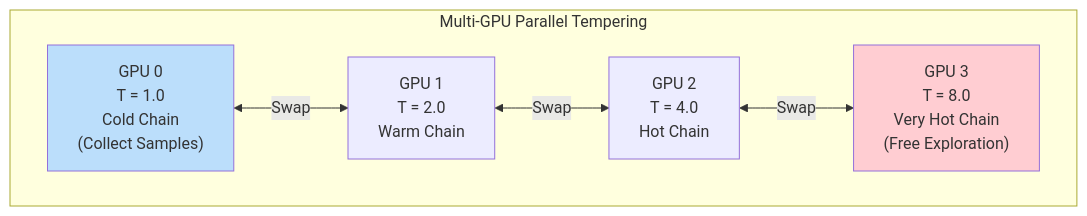
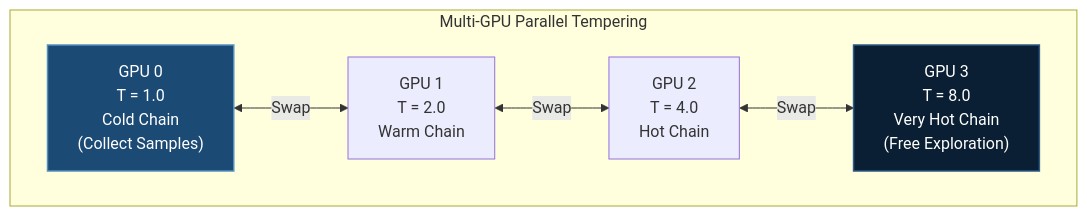
One commit to yiqiao-yin/deepspeed-course changed the tenth of 10 diagrams in docusaurus-docs/docs/tutorials/intermediate/bayesian-nn.md. Above: the diagram before and after it, drawn with Mermaid. The commit also changed other lines of this file and 12 other files, not shown here.

````diff
--- a/docusaurus-docs/docs/tutorials/intermediate/bayesian-nn.md
+++ b/docusaurus-docs/docs/tutorials/intermediate/bayesian-nn.md
@@ -720,16 +720,16 @@
 ```mermaid
 graph TB
     subgraph "Multi-GPU Parallel Tempering"
         GPU0["GPU 0<br/>T = 1.0<br/>Cold Chain<br/>(Collect Samples)"]
         GPU1["GPU 1<br/>T = 2.0<br/>Warm Chain"]
         GPU2["GPU 2<br/>T = 4.0<br/>Hot Chain"]
         GPU3["GPU 3<br/>T = 8.0<br/>Very Hot Chain<br/>(Free Exploration)"]
 
         GPU0 <-->|"Swap"| GPU1
         GPU1 <-->|"Swap"| GPU2
         GPU2 <-->|"Swap"| GPU3
     end
 
-    style GPU0 fill:#bbdefb
-    style GPU3 fill:#ffcdd2
+    style GPU0 fill:#1b4a75,stroke:#5590c0,stroke-width:1.5px,color:#ffffff
+    style GPU3 fill:#0a1f33,stroke:#2d5a86,stroke-width:1.5px,color:#ffffff
 ```
````
